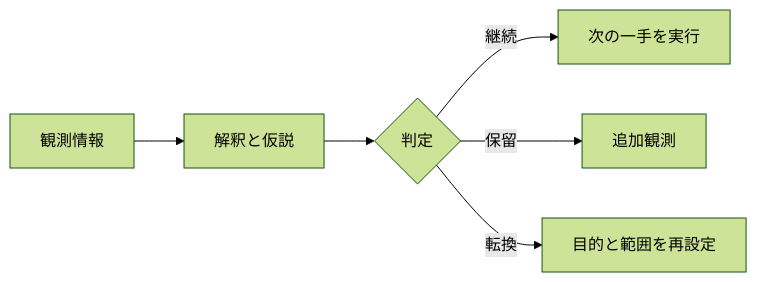
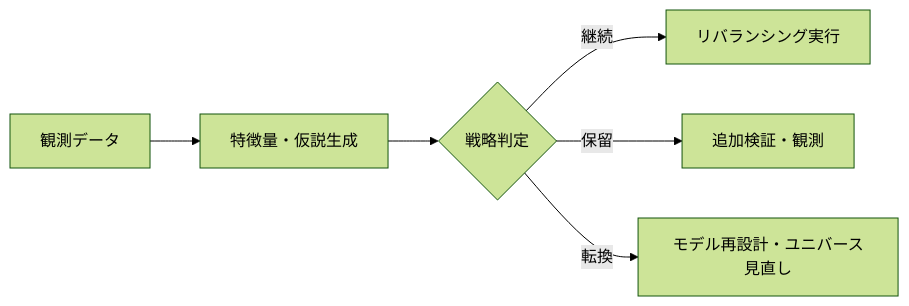
One commit to KAFKA2306/investor changed the third of 3 diagrams in docs/specs/frontend.md. Above: the diagram before and after it, drawn with Mermaid (forest theme). The commit also changed other lines of this file and 6 other files, not shown here.

````diff
--- a/docs/specs/frontend.md
+++ b/docs/specs/frontend.md
@@ -143,8 +121,8 @@
 ```mermaid
 flowchart LR
-    入力["観測情報"] --> 解析["解釈と仮説"]
-    解析 --> 判定{"判定"}
-    判定 -- 継続 --> 実行["次の一手を実行"]
-    判定 -- 保留 --> 追加["追加観測"]
-    判定 -- 転換 --> 再設計["目的と範囲を再設定"]
+    入力["観測データ"] --> 解析["特徴量・仮説生成"]
+    解析 --> 判定{"戦略判定"}
+    判定 -- 継続 --> 実行["リバランシング実行"]
+    判定 -- 保留 --> 追加["追加検証・観測"]
+    判定 -- 転換 --> 再設計["モデル再設計・ユニバース見直し"]
 ```
````
